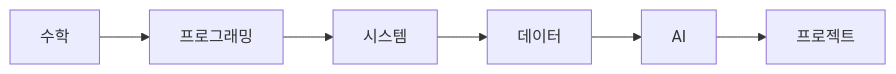
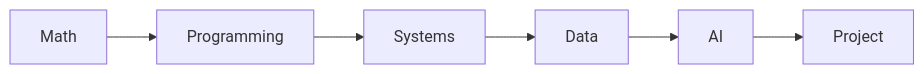
The diagram in content/computer-science-major-101/ko/01-what-cs-majors-learn.md (yeongseon-books/book-content), drawn with Mermaid before and after one commit. The commit also changed other lines of this file and 9 other files, not shown here.

````diff
--- a/content/computer-science-major-101/ko/01-what-cs-majors-learn.md
+++ b/content/computer-science-major-101/ko/01-what-cs-majors-learn.md
@@ -57,8 +50,8 @@
 ```mermaid
 flowchart LR
-    M[수학] --> P[프로그래밍]
-    P --> S[시스템]
-    S --> D[데이터]
+    M[Math] --> P[Programming]
+    P --> S[Systems]
+    S --> D[Data]
     D --> A[AI]
-    A --> J[프로젝트]
+    A --> J[Project]
 ```
````
